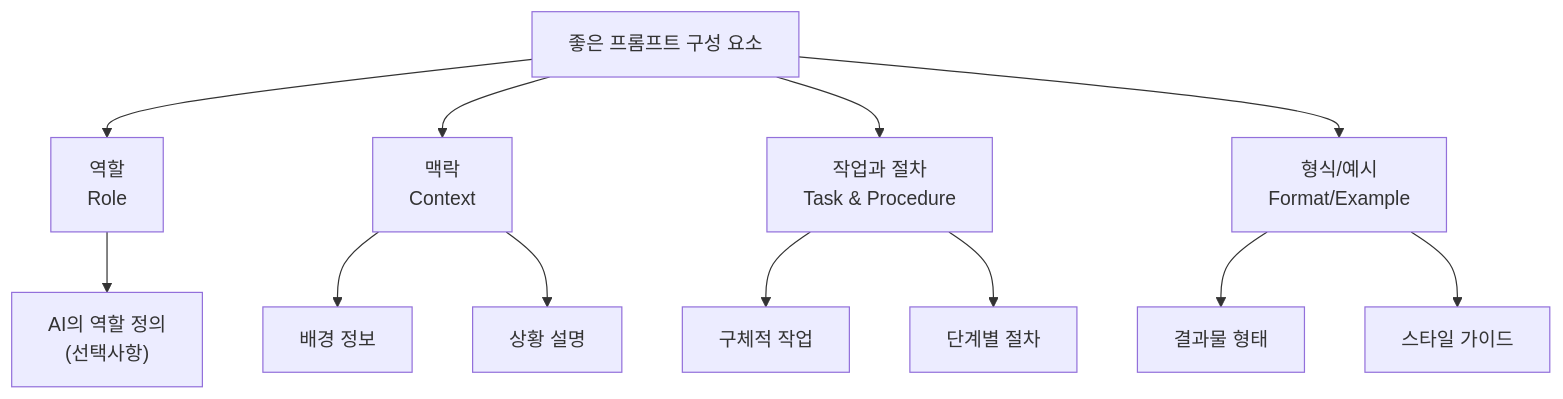
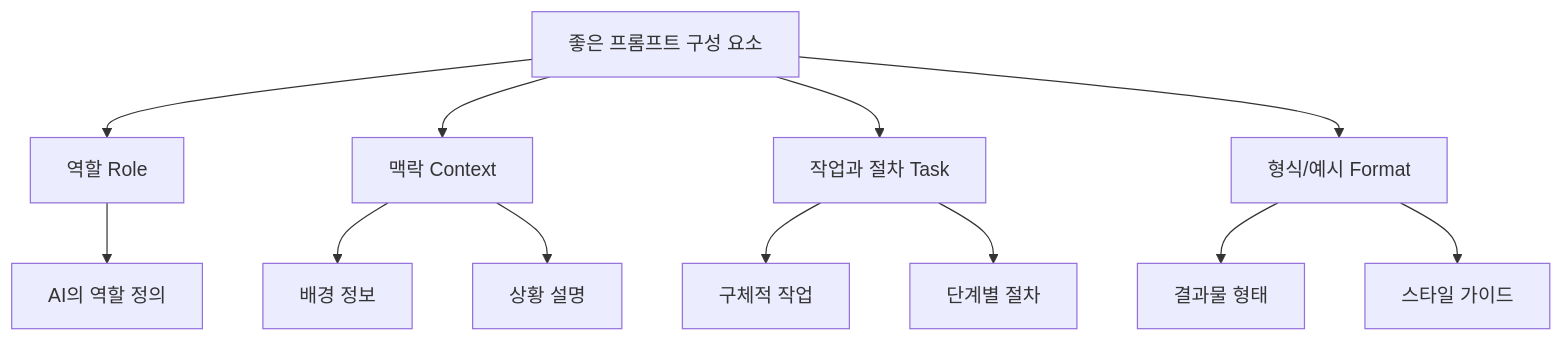
Before and after one commit to nugurejeil/weniVooks: the second of 4 diagrams in _md/essentials-vibecoding/chapter04/04-2.md, drawn with Mermaid. The commit also changed other lines of this file and 133 other files, not shown here.

````diff
--- a/_md/essentials-vibecoding/chapter04/04-2.md
+++ b/_md/essentials-vibecoding/chapter04/04-2.md
@@ -99,15 +99,15 @@
 ```mermaid
 graph TD
-    A[좋은 프롬프트 구성 요소] --> B[역할<br/>Role]
-    A --> C[맥락<br/>Context]
-    A --> D[작업과 절차<br/>Task & Procedure]
-    A --> E[형식/예시<br/>Format/Example]
+    A["좋은 프롬프트 구성 요소"] --> B["역할 Role"]
+    A --> C["맥락 Context"]
+    A --> D["작업과 절차 Task"]
+    A --> E["형식/예시 Format"]
 
-    B --> B1["AI의 역할 정의<br/>(선택사항)"]
-    C --> C1[배경 정보]
-    C --> C2[상황 설명]
-    D --> D1[구체적 작업]
-    D --> D2[단계별 절차]
-    E --> E1[결과물 형태]
-    E --> E2[스타일 가이드]
+    B --> B1["AI의 역할 정의"]
+    C --> C1["배경 정보"]
+    C --> C2["상황 설명"]
+    D --> D1["구체적 작업"]
+    D --> D2["단계별 절차"]
+    E --> E1["결과물 형태"]
+    E --> E2["스타일 가이드"]
 ```
````
